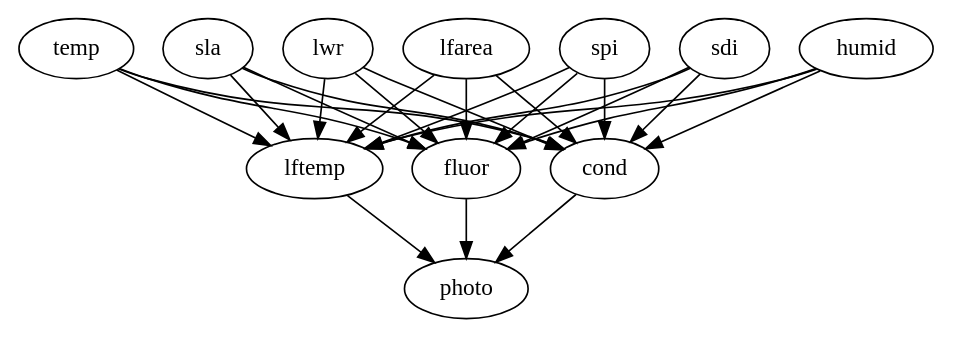
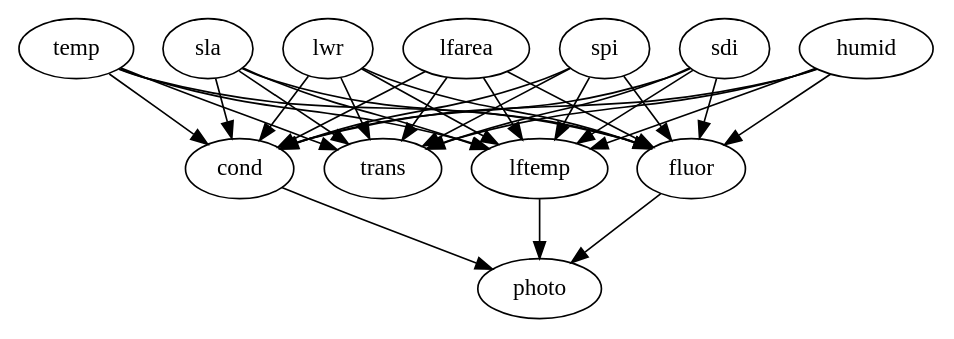
The diagram in model-4.dot (kholsinger/Protea-repens-physiology), drawn with Graphviz before and after one commit. The commit also changed 18 other files, not shown here.

```diff
--- a/model-4.dot
+++ b/model-4.dot
@@ -1,41 +1,49 @@
 digraph {
 
   sla -> lftemp;
   lwr -> lftemp;
   lfarea -> lftemp;
   spi -> lftemp;
   sdi -> lftemp;
   humid -> lftemp;
   temp -> lftemp;
 
   sla -> fluor;
   lwr -> fluor;
   lfarea -> fluor;
   spi -> fluor;
   sdi -> fluor;
   humid -> fluor;
   temp -> fluor;
 
   sla -> cond;
   lwr -> cond;
   lfarea -> cond;
   spi -> cond;
   sdi -> cond;
   humid -> cond;
   temp -> cond;
 
+  sla -> trans;
+  lwr -> trans;
+  lfarea -> trans;
+  spi -> trans;
+  sdi -> trans;
+  humid -> trans;
+  temp -> trans;
+
   /*
   lftemp -> fluor [dir="both"];
   lftemp -> trans [dir="both"];
   lftemp -> cond [dir="both"];
 
   fluor -> trans [dir="both"];
   fluor -> cond [dir="both"];
 
   trans -> cond [dir="both"];
   */
 
   lftemp -> photo;
   fluor -> photo;
   cond -> photo;
 }
```
